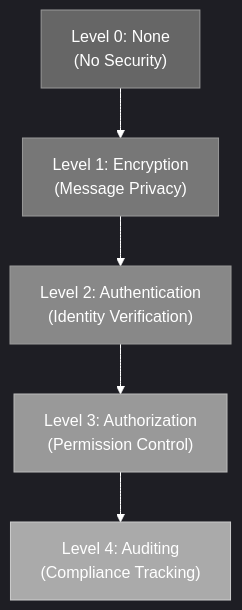
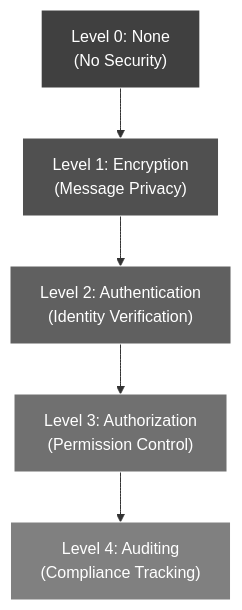
One commit to mbhatt1/ecps-sdk changed diagram 12 of 14 in DesignDoc.md. Above: the diagram before and after it, drawn with Mermaid. The commit also changed other lines of this file, not shown here.

Commit message:
Adding trust layer + fix diagrams

````diff
--- a/DesignDoc.md
+++ b/DesignDoc.md
@@ -847,20 +845,19 @@
 ```mermaid
-%%{init: {'theme': 'dark', 'themeVariables': { 'primaryColor': '#666666', 'primaryTextColor': '#ffffff', 'primaryBorderColor': '#999999', 'lineColor': '#ffffff', 'secondaryColor': '#777777', 'tertiaryColor': '#555555', 'background': '#2d2d2d', 'mainBkg': '#666666', 'secondBkg': '#777777', 'tertiaryColor': '#888888'}}}%%
 graph TD
     NoSecurity["Level 0: None<br/>(No Security)"] --> Encryption["Level 1: Encryption<br/>(Message Privacy)"]
     Encryption --> Authentication["Level 2: Authentication<br/>(Identity Verification)"]
     Authentication --> Authorization["Level 3: Authorization<br/>(Permission Control)"]
     Authorization --> Auditing["Level 4: Auditing<br/>(Compliance Tracking)"]
     
-    classDef none fill:#666666,stroke:#999999,color:#ffffff
-    classDef enc fill:#777777,stroke:#999999,color:#ffffff
-    classDef auth fill:#888888,stroke:#999999,color:#ffffff
-    classDef authz fill:#999999,stroke:#bbbbbb,color:#ffffff
-    classDef audit fill:#aaaaaa,stroke:#cccccc,color:#ffffff
+    classDef none fill:#404040,stroke:#ffffff,color:#ffffff
+    classDef enc fill:#505050,stroke:#ffffff,color:#ffffff
+    classDef auth fill:#606060,stroke:#ffffff,color:#ffffff
+    classDef authz fill:#707070,stroke:#ffffff,color:#ffffff
+    classDef audit fill:#808080,stroke:#ffffff,color:#ffffff
     
     class NoSecurity none
     class Encryption enc
     class Authentication auth
     class Authorization authz
     class Auditing audit
 ```
````
